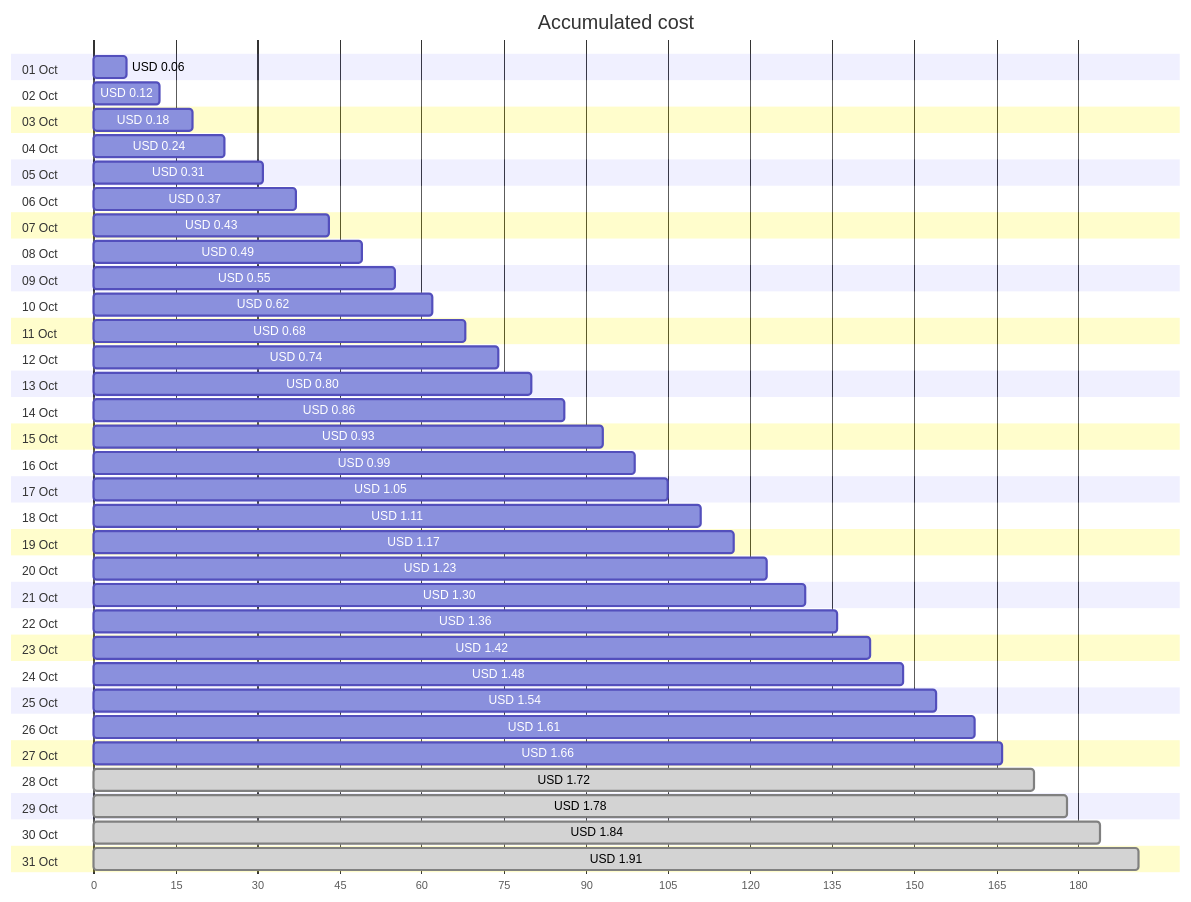
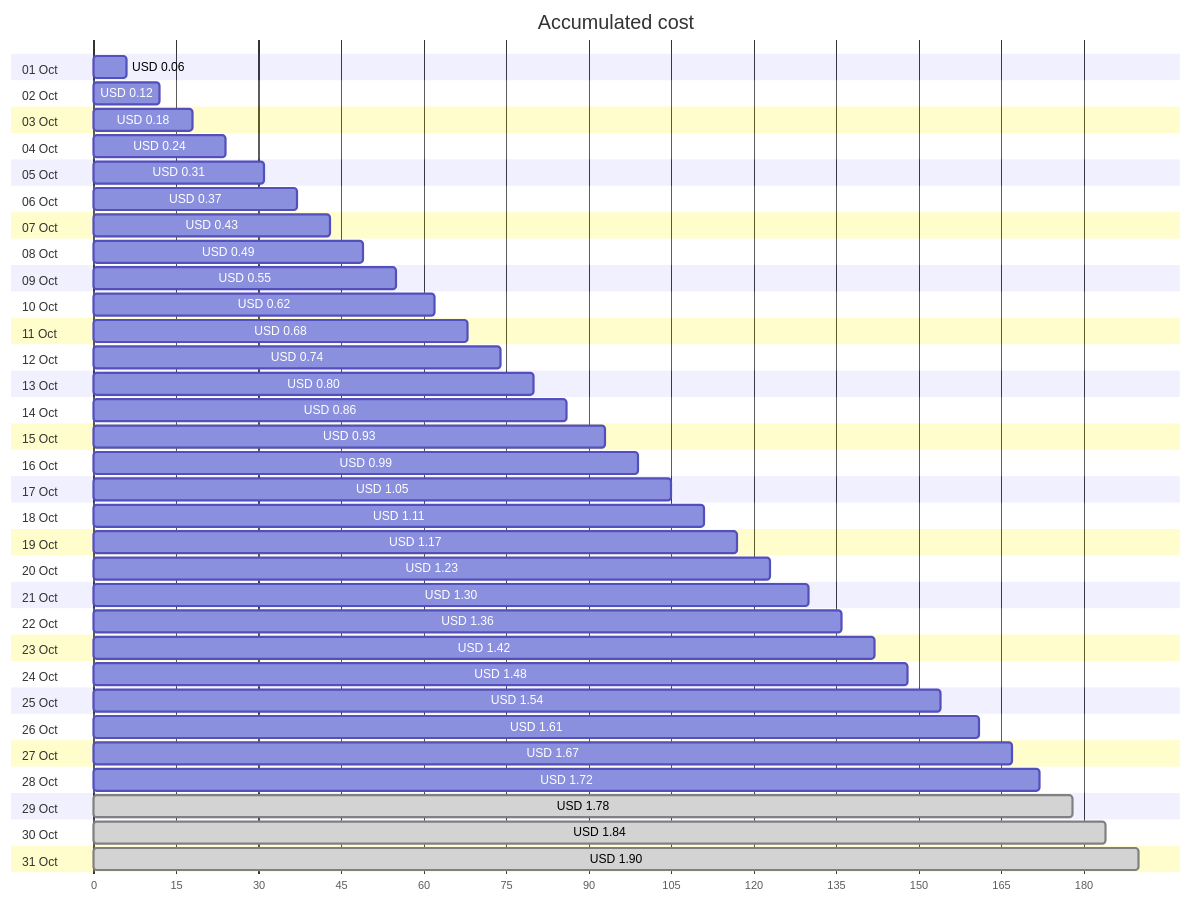
The first of 4 diagrams in cost-reports/personal-network/backup-server_OsDisk.md (jpfulton/azure-personal-reports), drawn with Mermaid before and after one commit. The commit also changed other lines of this file and 8 other files, not shown here.

````diff
--- a/cost-reports/personal-network/backup-server_OsDisk.md
+++ b/cost-reports/personal-network/backup-server_OsDisk.md
@@ -20,68 +20,68 @@
 ```mermaid
 gantt
    title Accumulated cost
    dateFormat  X
    axisFormat %s
    section 01 Oct
    USD 0.06 :0, 6
    section 02 Oct
    USD 0.12 :0, 12
    section 03 Oct
    USD 0.18 :0, 18
    section 04 Oct
    USD 0.24 :0, 24
    section 05 Oct
    USD 0.31 :0, 31
    section 06 Oct
    USD 0.37 :0, 37
    section 07 Oct
    USD 0.43 :0, 43
    section 08 Oct
    USD 0.49 :0, 49
    section 09 Oct
    USD 0.55 :0, 55
    section 10 Oct
    USD 0.62 :0, 62
    section 11 Oct
    USD 0.68 :0, 68
    section 12 Oct
    USD 0.74 :0, 74
    section 13 Oct
    USD 0.80 :0, 80
    section 14 Oct
    USD 0.86 :0, 86
    section 15 Oct
    USD 0.93 :0, 93
    section 16 Oct
    USD 0.99 :0, 99
    section 17 Oct
    USD 1.05 :0, 105
    section 18 Oct
    USD 1.11 :0, 111
    section 19 Oct
    USD 1.17 :0, 117
    section 20 Oct
    USD 1.23 :0, 123
    section 21 Oct
    USD 1.30 :0, 130
    section 22 Oct
    USD 1.36 :0, 136
    section 23 Oct
    USD 1.42 :0, 142
    section 24 Oct
    USD 1.48 :0, 148
    section 25 Oct
    USD 1.54 :0, 154
    section 26 Oct
    USD 1.61 :0, 161
    section 27 Oct
-   USD 1.66 :0, 166
+   USD 1.67 :0, 167
    section 28 Oct
-   USD 1.72 : done, 0, 172
+   USD 1.72 :0, 172
    section 29 Oct
    USD 1.78 : done, 0, 178
    section 30 Oct
    USD 1.84 : done, 0, 184
    section 31 Oct
-   USD 1.91 : done, 0, 191
+   USD 1.90 : done, 0, 190
 ```
````
